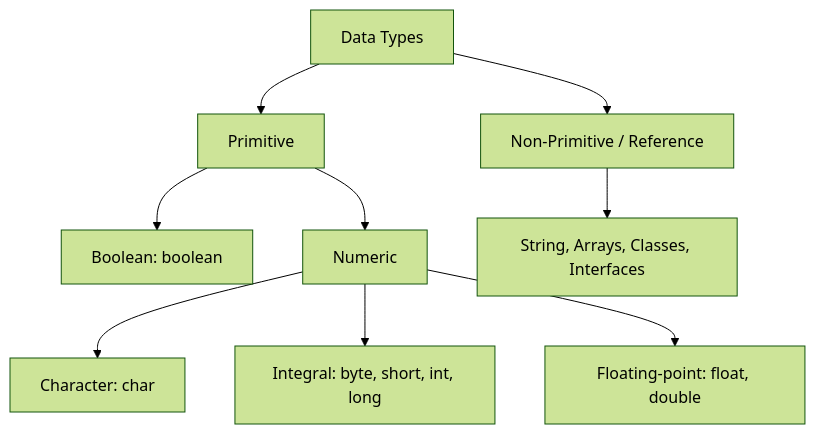
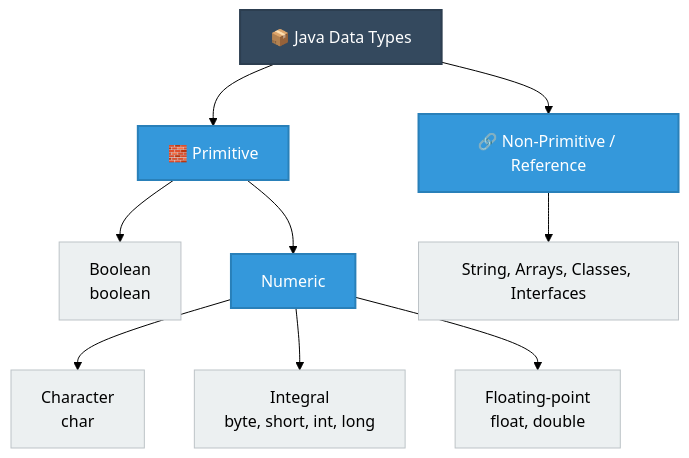
One commit to Omkar4112/Placement-Preparation-Hub changed the fifth of 36 diagrams in Ultimate_Java_Placement_Handbook.md. Above: the diagram before and after it, drawn with Mermaid (forest theme). The commit also changed other lines of this file, not shown here.

Commit message:
Enhance Mermaid architecture diagrams in handbook

````diff
--- a/Ultimate_Java_Placement_Handbook.md
+++ b/Ultimate_Java_Placement_Handbook.md
@@ -349,11 +390,18 @@
 ```mermaid
-graph TD
-    A[Data Types] --> B[Primitive]
-    A --> C[Non-Primitive / Reference]
-    B --> D[Boolean: boolean]
-    B --> E[Numeric]
-    E --> F[Character: char]
-    E --> G[Integral: byte, short, int, long]
-    E --> H[Floating-point: float, double]
-    C --> I[String, Arrays, Classes, Interfaces]
+flowchart TD
+    classDef root fill:#34495e,stroke:#2c3e50,color:#fff,stroke-width:2px;
+    classDef cat fill:#3498db,stroke:#2980b9,color:#fff,stroke-width:2px;
+    classDef leaf fill:#ecf0f1,stroke:#bdc3c7,color:#000,stroke-width:1px;
+
+    A[📦 Java Data Types]:::root --> B[🧱 Primitive]:::cat
+    A --> C[🔗 Non-Primitive / Reference]:::cat
+    
+    B --> D[Boolean<br>boolean]:::leaf
+    B --> E[Numeric]:::cat
+    
+    E --> F[Character<br>char]:::leaf
+    E --> G[Integral<br>byte, short, int, long]:::leaf
+    E --> H[Floating-point<br>float, double]:::leaf
+    
+    C --> I[String, Arrays, Classes, Interfaces]:::leaf
 ```
````
